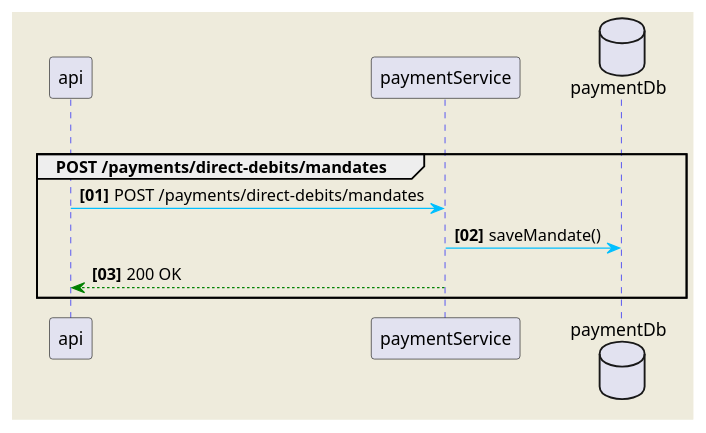
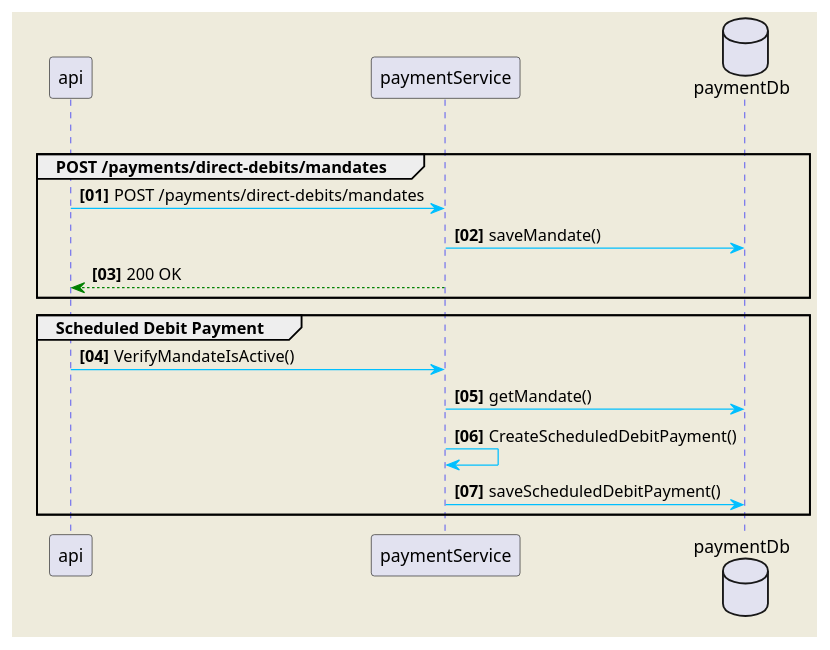
One commit to C0d3N1nJ4/payment-service changed the diagram in docs/directDebitPaymentProcess.plantuml. Above: the diagram before and after it, drawn with PlantUML. The commit also changed 4 other files, not shown here.

Commit message:
Implementing debit mandate service

```diff
--- a/docs/directDebitPaymentProcess.plantuml
+++ b/docs/directDebitPaymentProcess.plantuml
@@ -1,18 +1,25 @@
 @startuml
 skinparam backgroundColor #EEEBDC
 skinparam sequence {
 ArrowColor DeepSkyBlue
 ActorBorderColor DeepSkyBlue
 LifeLineBorderColor blue
 LifeLineBackgroundColor #A9DCDF}
 
 autonumber 1 1 "<b>[00]"
 group Payment Service
     group POST /payments/direct-debits/mandates
         api -> paymentService: POST /payments/direct-debits/mandates
         database    paymentDb    as paymentDb
         paymentService -> paymentDb: saveMandate()
         api <-[#green]- paymentService: 200 OK
     end
+    group Scheduled Debit Payment
+        api -> paymentService: VerifyMandateIsActive()
+        paymentService -> paymentDb: getMandate()
+        paymentService -> paymentService: CreateScheduledDebitPayment()
+        paymentService -> paymentDb: saveScheduledDebitPayment()
+
+    end
 
 @enduml
```
